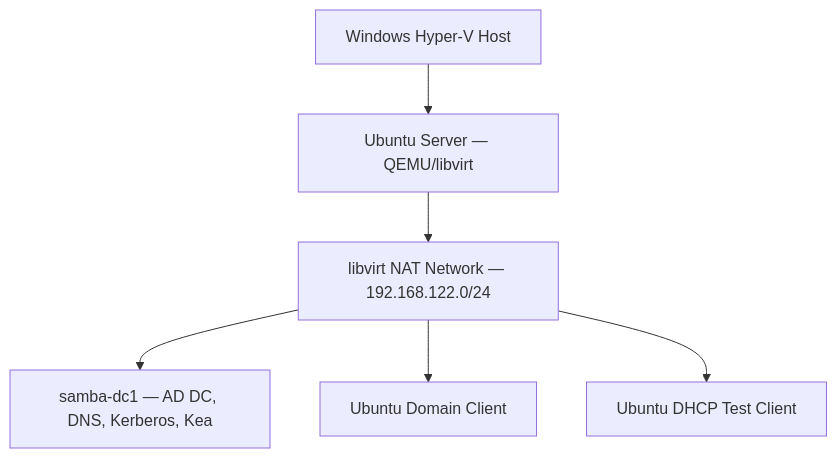
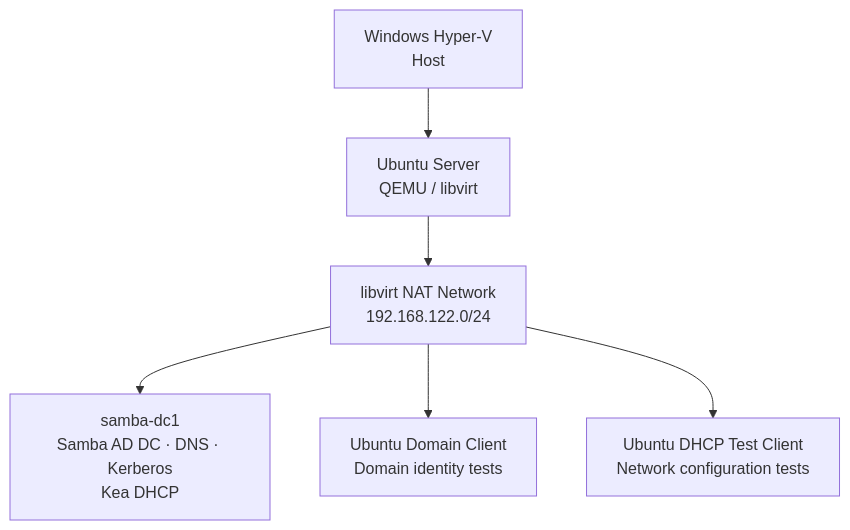
The diagram in README.md (Wahab45/linux-server-infrastructure-lab), drawn with Mermaid before and after one commit.

Commit message:
docs: wrap architecture diagram labels to prevent truncation

````diff
--- a/README.md
+++ b/README.md
@@ -36,15 +36,15 @@
 ```mermaid
 flowchart TB
-    H["Windows Hyper-V Host"]
-    U["Ubuntu Server — QEMU/libvirt"]
-    N["libvirt NAT Network — 192.168.122.0/24"]
-    D["samba-dc1 — AD DC, DNS, Kerberos, Kea"]
-    C["Ubuntu Domain Client"]
-    T["Ubuntu DHCP Test Client"]
+    H["Windows Hyper-V<br/>Host"]
+    U["Ubuntu Server<br/>QEMU / libvirt"]
+    N["libvirt NAT Network<br/>192.168.122.0/24"]
+    D["samba-dc1<br/>Samba AD DC · DNS · Kerberos<br/>Kea DHCP"]
+    C["Ubuntu Domain Client<br/>Domain identity tests"]
+    T["Ubuntu DHCP Test Client<br/>Network configuration tests"]
 
     H --> U
     U --> N
     N --> D
     N --> C
     N --> T
 ```
````
